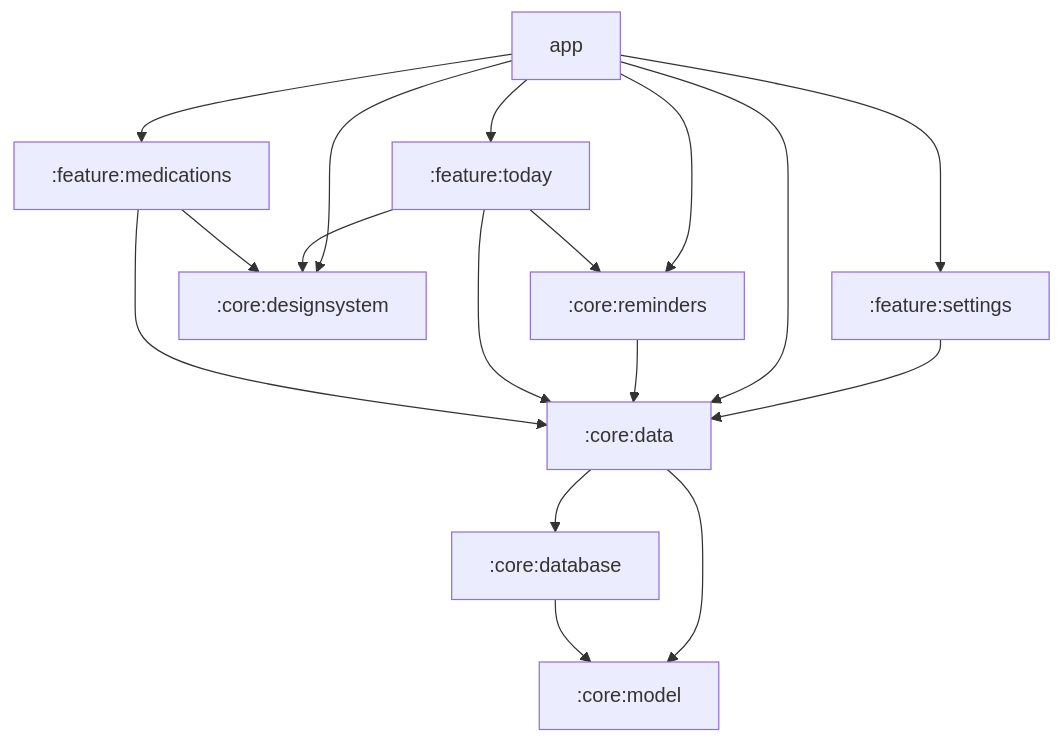
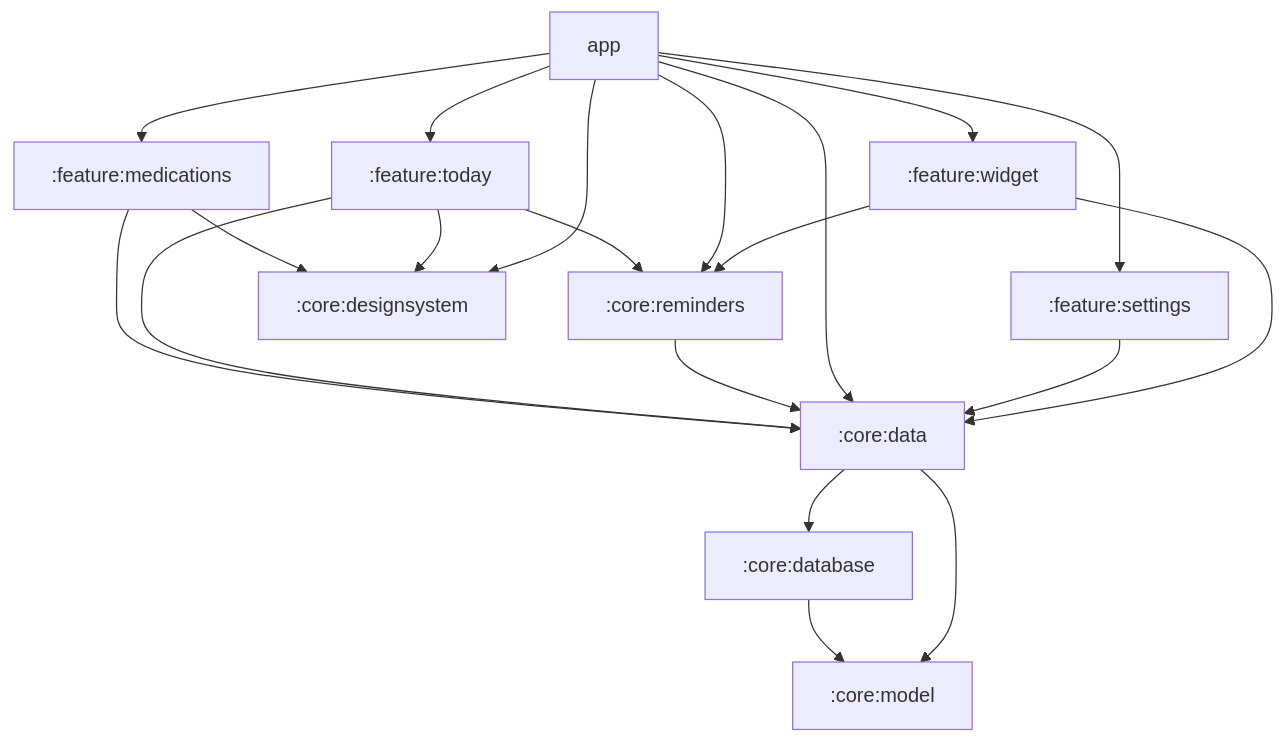
Before and after one commit to Sravanthipanga/kairo-android: the diagram in README.md, drawn with Mermaid. The commit also changed other lines of this file and 15 other files, not shown here.

````diff
--- a/README.md
+++ b/README.md
@@ -57,19 +59,22 @@
 ```mermaid
 graph TD
     app --> feature_today[":feature:today"]
     app --> feature_medications[":feature:medications"]
     app --> feature_settings[":feature:settings"]
+    app --> feature_widget[":feature:widget"]
+    feature_widget --> core_reminders
+    feature_widget --> core_data
     feature_settings --> core_data
     app --> core_designsystem[":core:designsystem"]
     app --> core_data[":core:data"]
     app --> core_reminders[":core:reminders"]
     feature_today --> core_reminders
     core_reminders --> core_data
     feature_today --> core_data
     feature_today --> core_designsystem
     feature_medications --> core_data
     feature_medications --> core_designsystem
     core_data --> core_database[":core:database"]
     core_data --> core_model[":core:model"]
     core_database --> core_model
 ```
````
